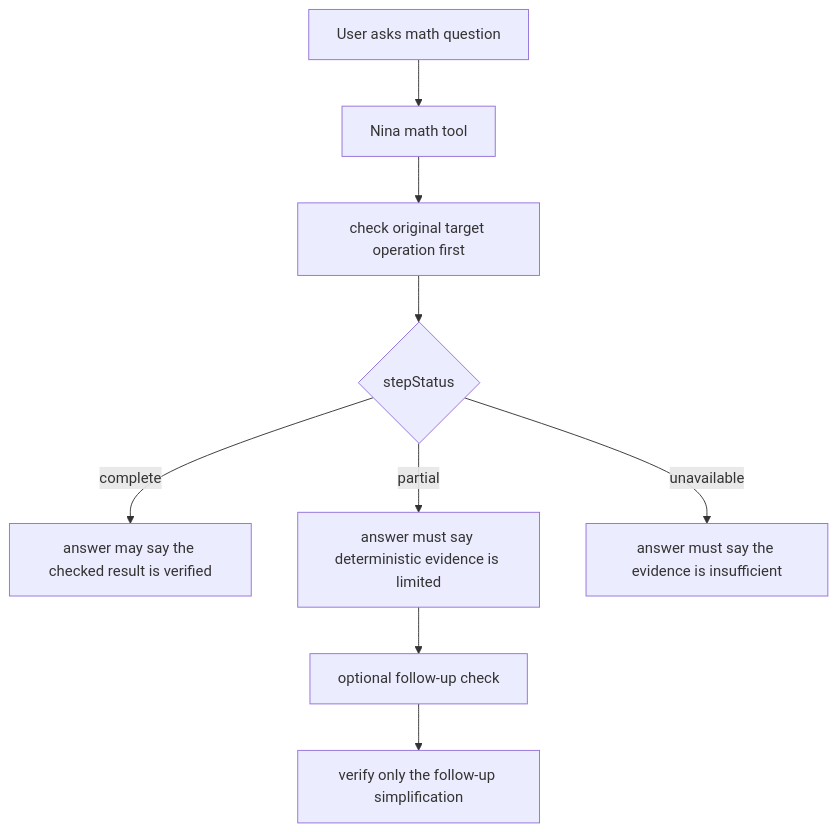
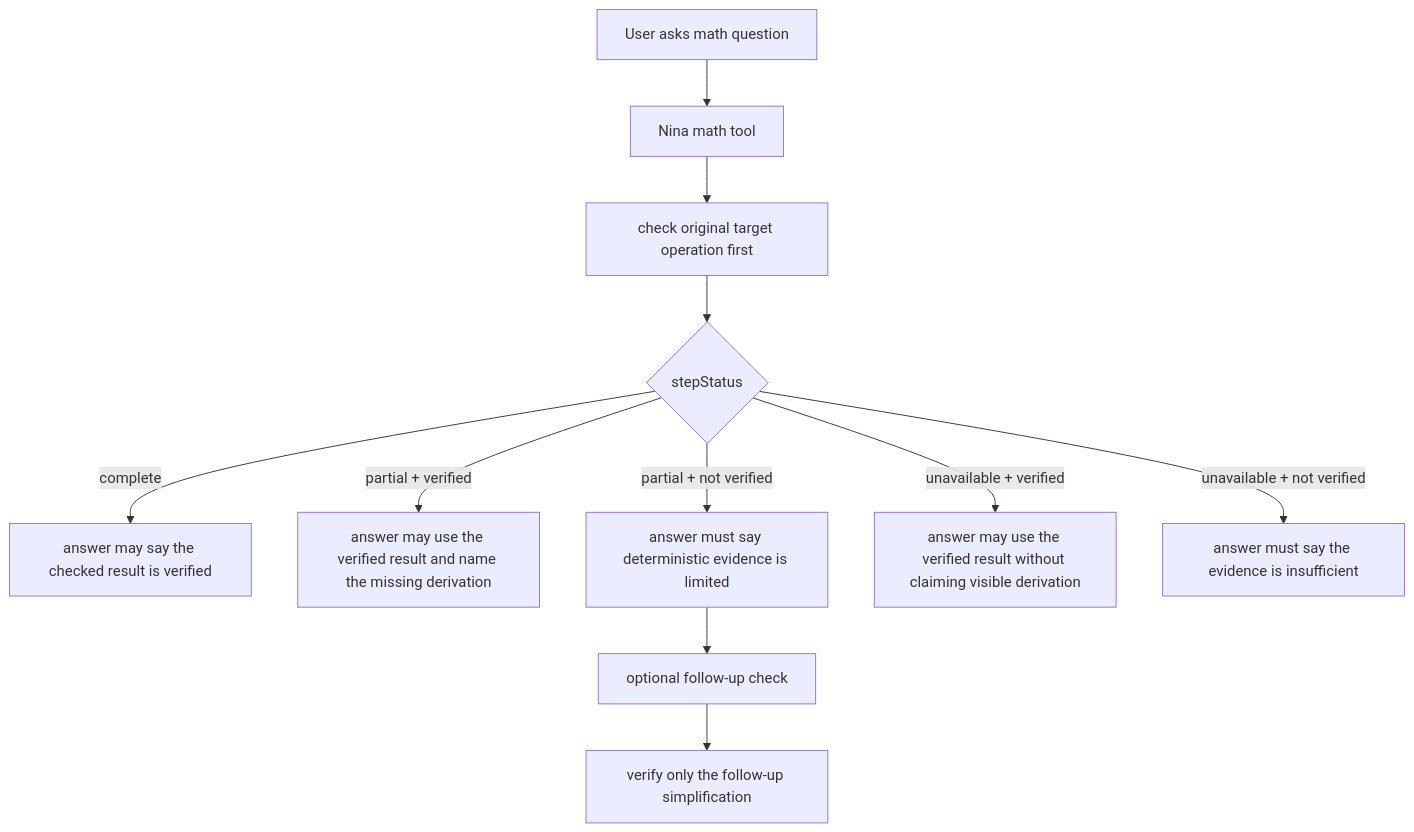
Before and after one commit to nakafaai/nakafa.com: the first of 3 diagrams in packages/ai/agents/docs/math-evidence.md, drawn with Mermaid. The commit also changed other lines of this file and 71 other files, not shown here.

````diff
--- a/packages/ai/agents/docs/math-evidence.md
+++ b/packages/ai/agents/docs/math-evidence.md
@@ -5,11 +5,13 @@
 ```mermaid
 flowchart TD
   User["User asks math question"] --> Route["Nina math tool"]
   Route --> Original["check original target operation first"]
   Original --> Evidence{"stepStatus"}
   Evidence -->|complete| Complete["answer may say the checked result is verified"]
-  Evidence -->|partial| Partial["answer must say deterministic evidence is limited"]
-  Evidence -->|unavailable| Missing["answer must say the evidence is insufficient"]
+  Evidence -->|partial + verified| PartialVerified["answer may use the verified result and name the missing derivation"]
+  Evidence -->|partial + not verified| Partial["answer must say deterministic evidence is limited"]
+  Evidence -->|unavailable + verified| VerifiedOnly["answer may use the verified result without claiming visible derivation"]
+  Evidence -->|unavailable + not verified| Missing["answer must say the evidence is insufficient"]
   Partial --> Optional["optional follow-up check"]
   Optional --> Simplify["verify only the follow-up simplification"]
 ```
````
